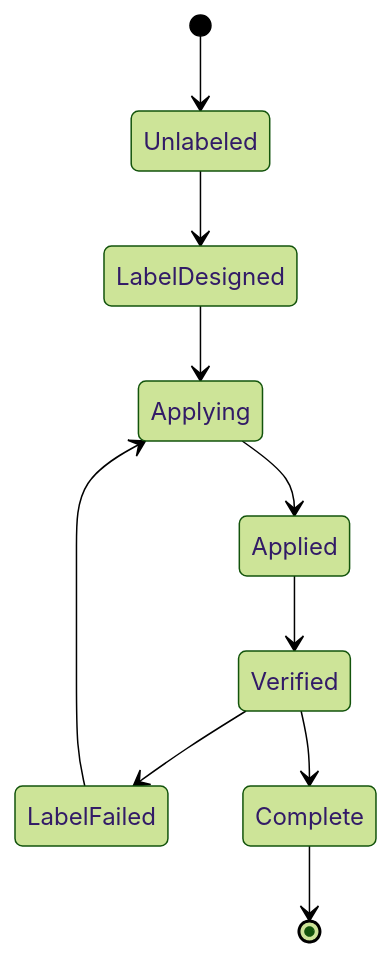
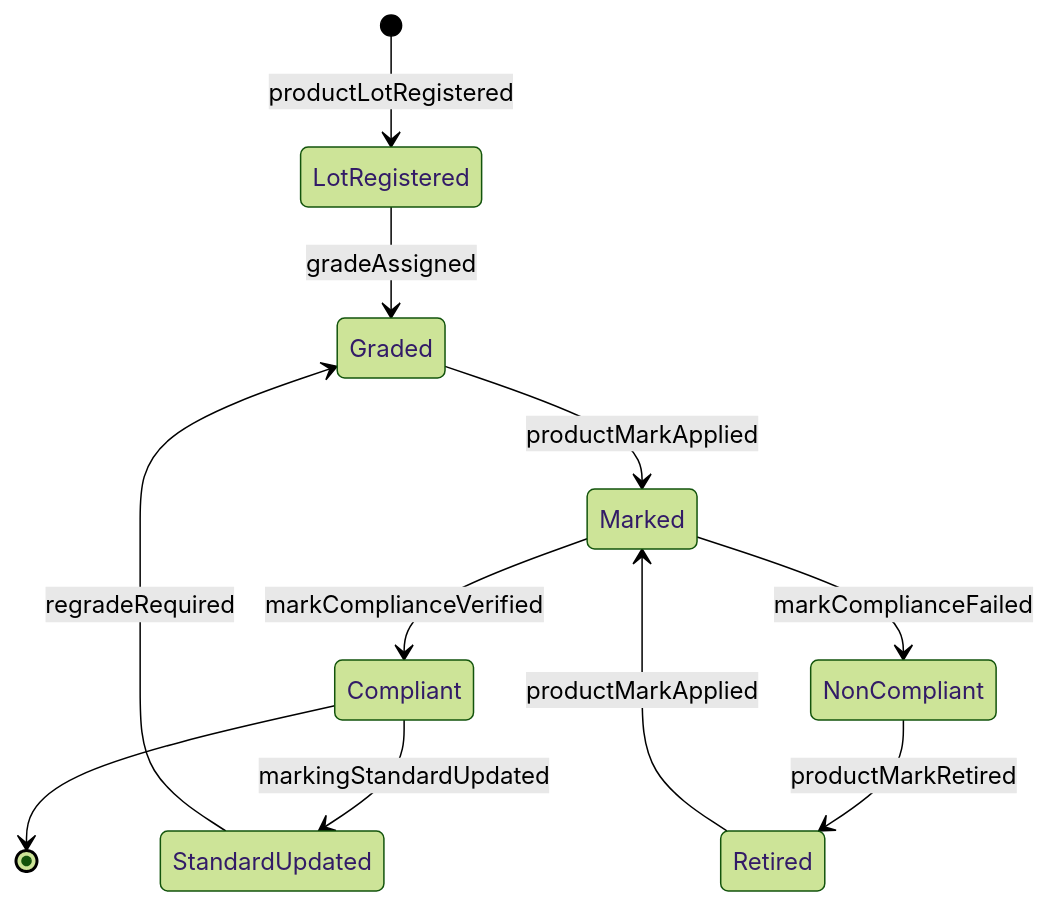
One commit to dot-org-ai/tasks.org.ai changed the second of 4 diagrams in IdentifyingObjectsActionsAndEvents/MarkMaterialsOrObjectsForIdentification/MarkAgriculturalForestryProductsIdentification.mdx. Above: the diagram before and after it, drawn with Mermaid (forest theme). The commit also changed other lines of this file and 515 other files, not shown here.

````diff
--- a/IdentifyingObjectsActionsAndEvents/MarkMaterialsOrObjectsForIdentification/MarkAgriculturalForestryProductsIdentification.mdx
+++ b/IdentifyingObjectsActionsAndEvents/MarkMaterialsOrObjectsForIdentification/MarkAgriculturalForestryProductsIdentification.mdx
@@ -98,12 +98,13 @@
 ```mermaid
 stateDiagram-v2
-    [*] --> Unlabeled
-    Unlabeled --> LabelDesigned
-    LabelDesigned --> Applying
-    Applying --> Applied
-    Applied --> Verified
-    Verified --> LabelFailed
-    LabelFailed --> Applying
-    Verified --> Complete
-    Complete --> [*]
+    [*] --> LotRegistered : productLotRegistered
+    LotRegistered --> Graded : gradeAssigned
+    Graded --> Marked : productMarkApplied
+    Marked --> Compliant : markComplianceVerified
+    Marked --> NonCompliant : markComplianceFailed
+    NonCompliant --> Retired : productMarkRetired
+    Retired --> Marked : productMarkApplied
+    Compliant --> StandardUpdated : markingStandardUpdated
+    StandardUpdated --> Graded : regradeRequired
+    Compliant --> [*]
 ```
````
